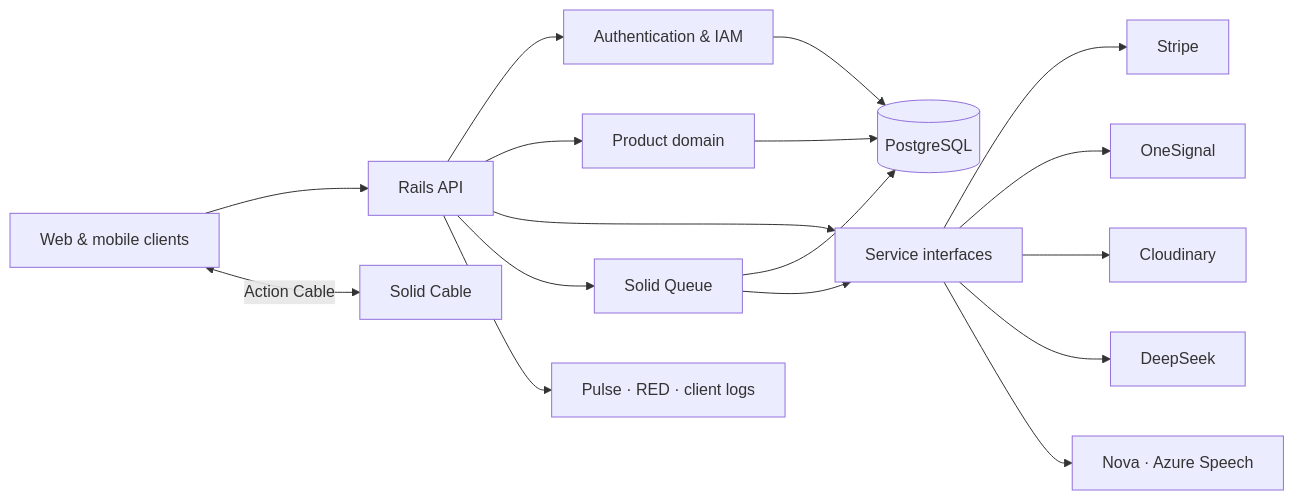
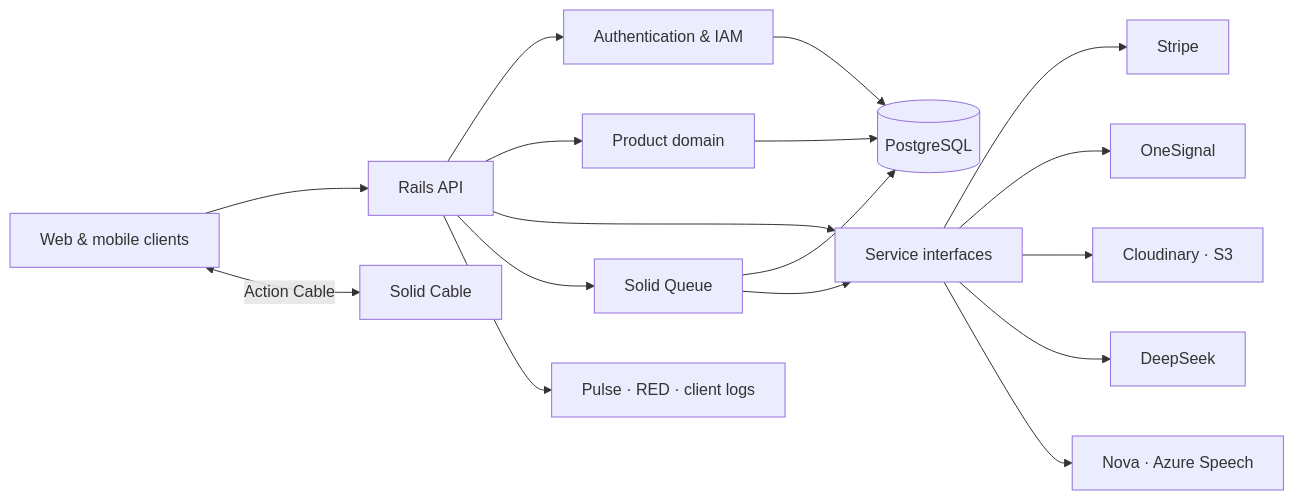
Before and after one commit to rex-9/rexone-core: the diagram in README.md, drawn with Mermaid. The commit also changed other lines of this file and 13 other files, not shown here.

````diff
--- a/README.md
+++ b/README.md
@@ -91,23 +91,23 @@
 ```mermaid
 flowchart LR
     Clients[Web & mobile clients] --> API[Rails API]
     Clients <-->|Action Cable| Realtime[Solid Cable]
 
     API --> Auth[Authentication & IAM]
     API --> Domain[Product domain]
     API --> Services[Service interfaces]
     API --> Jobs[Solid Queue]
 
     Domain --> PostgreSQL[(PostgreSQL)]
     Auth --> PostgreSQL
     Jobs --> PostgreSQL
 
     Services --> Stripe[Stripe]
     Services --> OneSignal[OneSignal]
-    Services --> Cloudinary[Cloudinary]
+    Services --> Storage[Cloudinary · S3]
     Services --> DeepSeek[DeepSeek]
     Services --> Speech[Nova · Azure Speech]
 
     Jobs --> Services
     API --> Observability[Pulse · RED · client logs]
 ```
````
